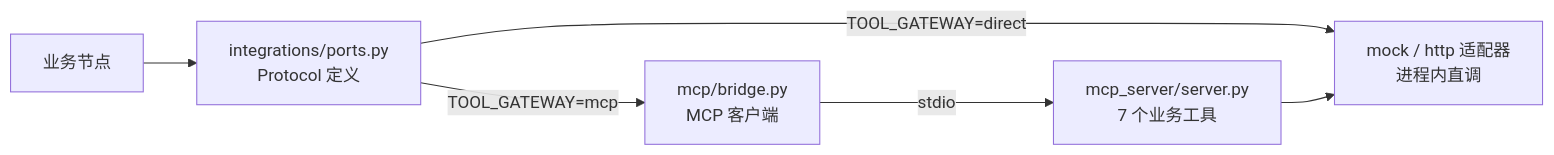
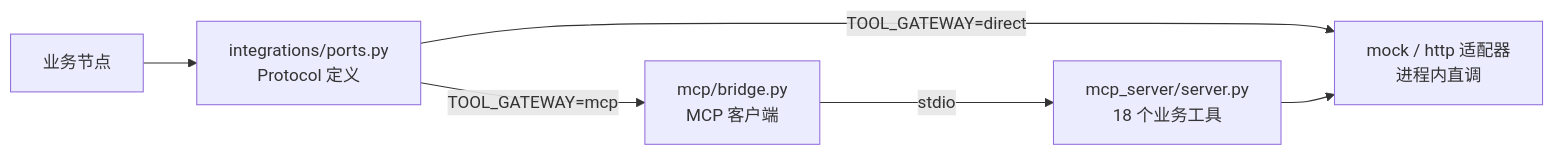
The third of 3 diagrams in scm-agent/README.md (pengqiwen72/-), drawn with Mermaid before and after one commit. The commit also changed other lines of this file and 75 other files, not shown here.

````diff
--- a/scm-agent/README.md
+++ b/scm-agent/README.md
@@ -143,8 +158,8 @@
 ```mermaid
 flowchart LR
     N[业务节点] --> P["integrations/ports.py<br/>Protocol 定义"]
     P -->|TOOL_GATEWAY=direct| MOCK["mock / http 适配器<br/>进程内直调"]
     P -->|TOOL_GATEWAY=mcp| BR["mcp/bridge.py<br/>MCP 客户端"]
-    BR -->|stdio| SRV["mcp_server/server.py<br/>7 个业务工具"]
+    BR -->|stdio| SRV["mcp_server/server.py<br/>18 个业务工具"]
     SRV --> MOCK
 ```
````
